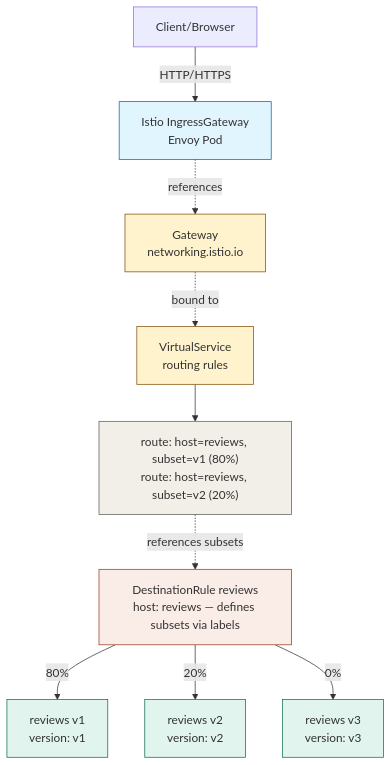
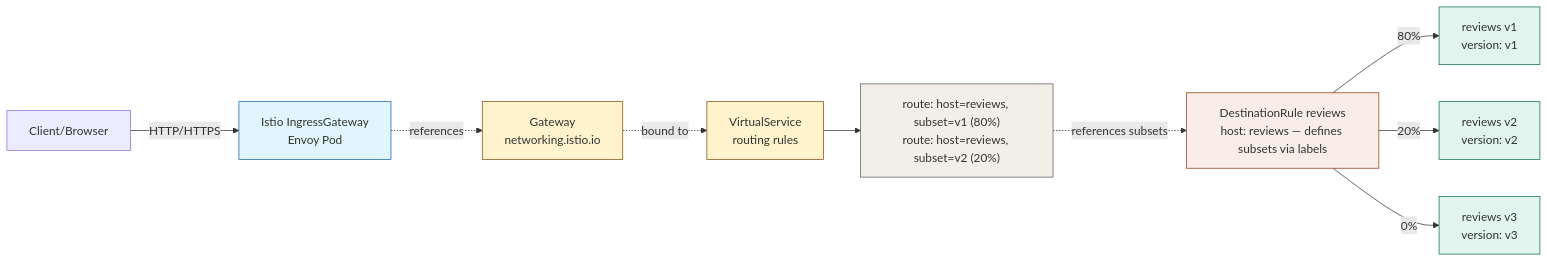
One commit to jmetzger/training-istio-kubernetes changed the first of 2 diagrams in istio/overview/06-ingress-istio-gateway-vs-kubernetes-gateway-api.md. Above: the diagram before and after it, drawn with Mermaid. The commit also changed other lines of this file, not shown here.

````diff
--- a/istio/overview/06-ingress-istio-gateway-vs-kubernetes-gateway-api.md
+++ b/istio/overview/06-ingress-istio-gateway-vs-kubernetes-gateway-api.md
@@ -9,30 +7,30 @@
 ```mermaid
-graph TD
+graph LR
     Client[Client/Browser]
     IG[Istio IngressGateway<br/>Envoy Pod]
     GW[Gateway<br/>networking.istio.io]
     VS[VirtualService<br/>routing rules]
     ROUTES["route: host=reviews, subset=v1 (80%)<br/>route: host=reviews, subset=v2 (20%)"]
     DR[DestinationRule reviews<br/>host: reviews — defines subsets via labels]
     V1[reviews v1<br/>version: v1]
     V2[reviews v2<br/>version: v2]
     V3[reviews v3<br/>version: v3]
 
     Client -->|HTTP/HTTPS| IG
     IG -.->|references| GW
     GW -.->|bound to| VS
     VS --> ROUTES
     ROUTES -.->|references subsets| DR
     DR -->|"80%"| V1
     DR -->|"20%"| V2
     DR -->|"0%"| V3
 
     style IG fill:#e1f5ff,stroke:#185fa5
     style GW fill:#fff3cd,stroke:#854f0b
     style VS fill:#fff3cd,stroke:#854f0b
     style ROUTES fill:#f1efe8,stroke:#5f5e5a
     style DR fill:#faece7,stroke:#993c1d
     style V1 fill:#e1f5ee,stroke:#0f6e56
     style V2 fill:#e1f5ee,stroke:#0f6e56
     style V3 fill:#e1f5ee,stroke:#0f6e56
 ```
````
